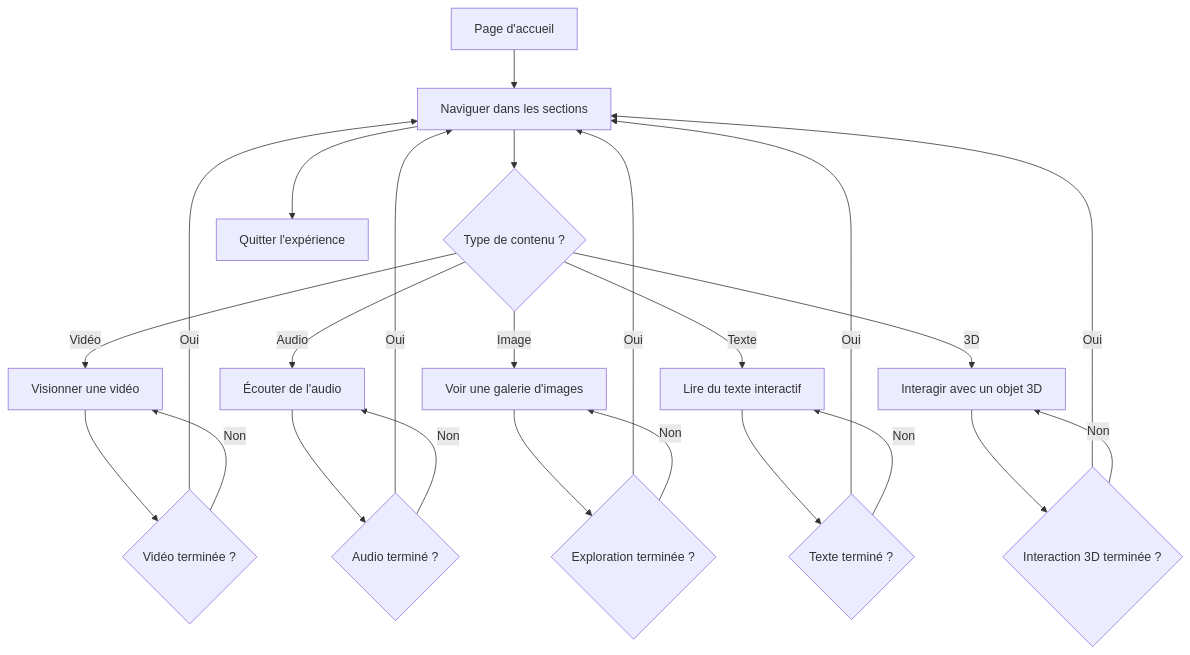
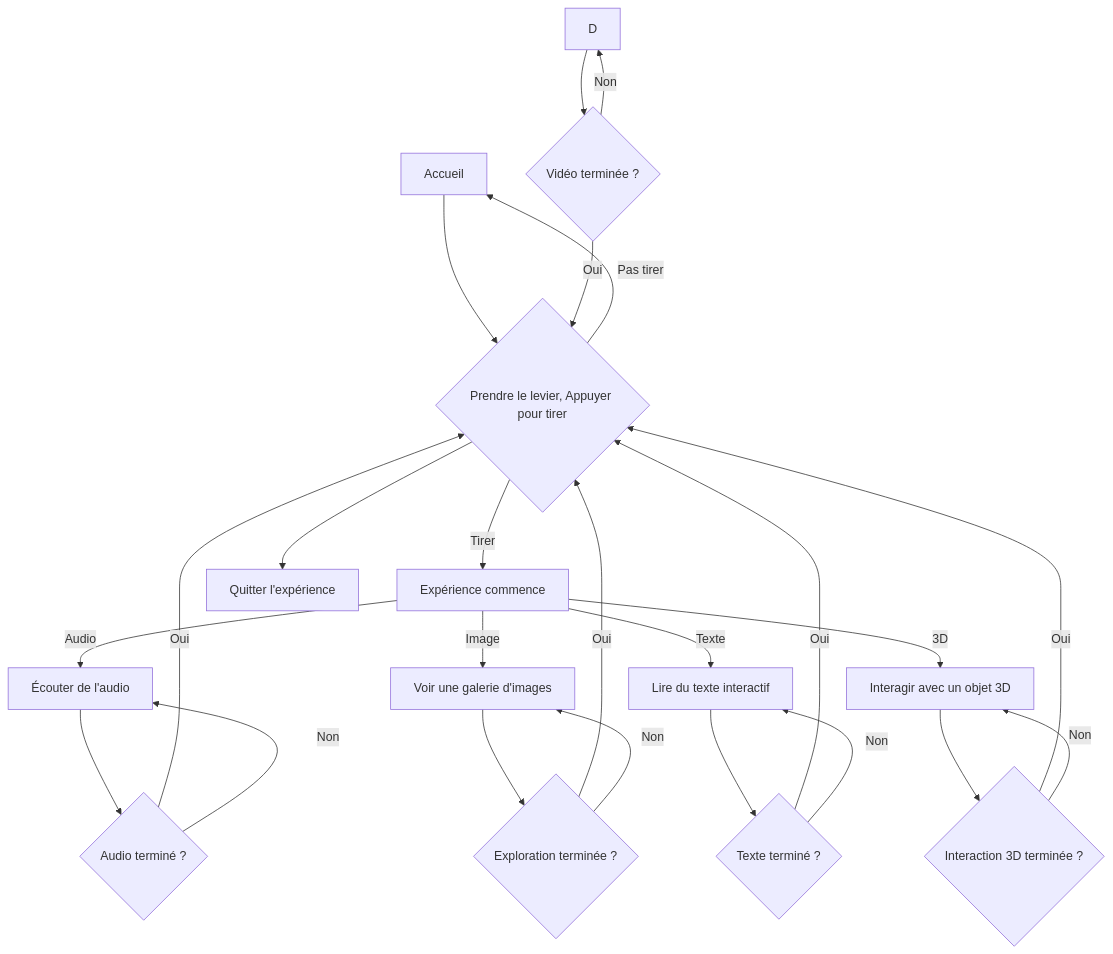
Before and after one commit to IsaacFaf/Fafard_Isaac_scenarisation: the diagram in mermaid/README.md, drawn with Mermaid. The commit also changed other lines of this file, not shown here.

````diff
--- a/mermaid/README.md
+++ b/mermaid/README.md
@@ -1,33 +4,34 @@
 ```mermaid
 graph TD;
-    A[Page d'accueil] --> B[Naviguer dans les sections];
-    B --> C{Type de contenu ?};
+    A[Accueil] --> B{Prendre le levier, Appuyer pour tirer};
+    B -->|Tirer| C[Expérience commence];
+    
 
-    C -->|Vidéo| D[Visionner une vidéo];
+    B -->|Pas tirer| A;
     C -->|Audio| E[Écouter de l'audio];
     C -->|Image| F[Voir une galerie d'images];
     C -->|Texte| G[Lire du texte interactif];
     C -->|3D| H[Interagir avec un objet 3D];
 
     D --> I{Vidéo terminée ?};
     I -->|Oui| B;
     I -->|Non| D;
 
     E --> J{Audio terminé ?};
     J -->|Oui| B;
     J -->|Non| E;
 
     F --> K{Exploration terminée ?};
     K -->|Oui| B;
     K -->|Non| F;
 
     G --> L{Texte terminé ?};
     L -->|Oui| B;
     L -->|Non| G;
 
     H --> M{Interaction 3D terminée ?};
     M -->|Oui| B;
     M -->|Non| H;
 
     B --> N[Quitter l'expérience];
 ```
````
